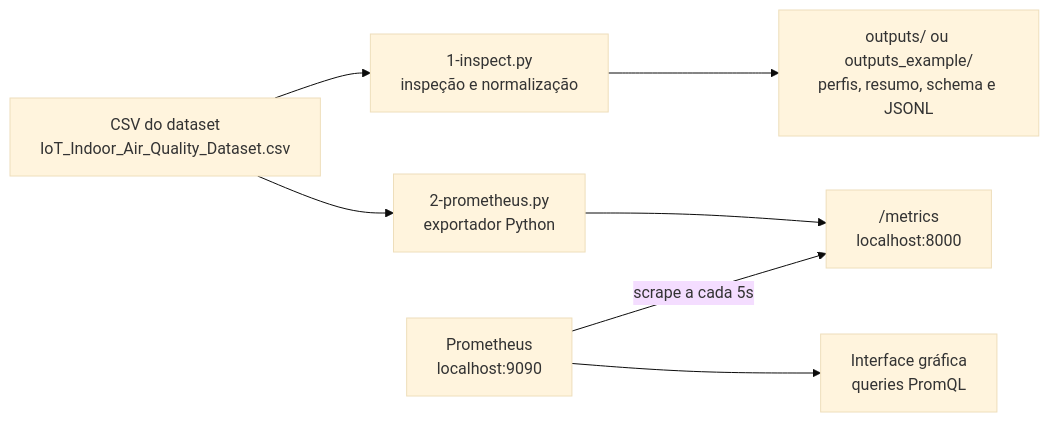
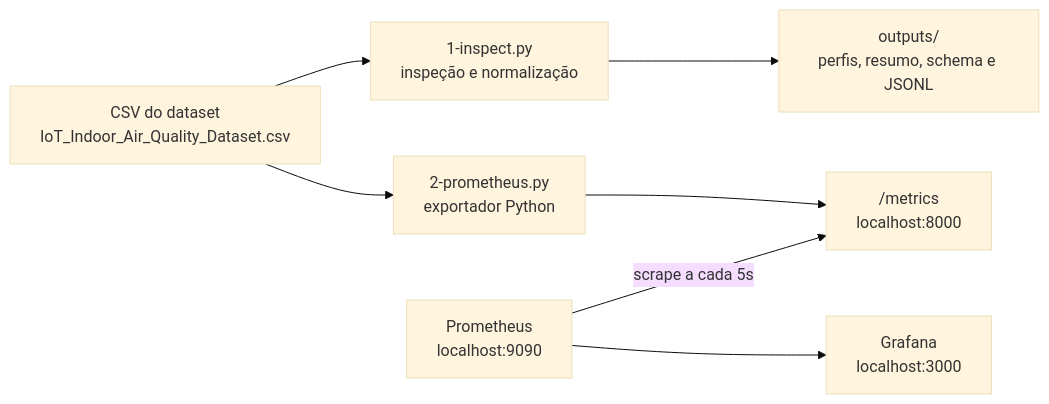
Before and after one commit to opaiot/ia-otimizacao-iot-industrias-negocios-public: the diagram in M3/Aula_1_datasets/README.md, drawn with Mermaid (base theme). The commit also changed other lines of this file and 6 other files, not shown here.

````diff
--- a/M3/Aula_1_datasets/README.md
+++ b/M3/Aula_1_datasets/README.md
@@ -68,17 +44,17 @@
 ```mermaid
 flowchart LR
     CSV["CSV do dataset<br/>IoT_Indoor_Air_Quality_Dataset.csv"]
     INSPECT["1-inspect.py<br/>inspeção e normalização"]
-    OUTPUTS["outputs/ ou outputs_example/<br/>perfis, resumo, schema e JSONL"]
+    OUTPUTS["outputs/<br/>perfis, resumo, schema e JSONL"]
     EXPORTER["2-prometheus.py<br/>exportador Python"]
     METRICS["/metrics<br/>localhost:8000"]
     PROM["Prometheus<br/>localhost:9090"]
-    UI["Interface gráfica<br/>queries PromQL"]
+    GRAF["Grafana<br/>localhost:3000"]
 
     CSV --> INSPECT
     INSPECT --> OUTPUTS
     CSV --> EXPORTER
     EXPORTER --> METRICS
     PROM -- scrape a cada 5s --> METRICS
-    PROM --> UI
+    PROM --> GRAF
 ```
````
